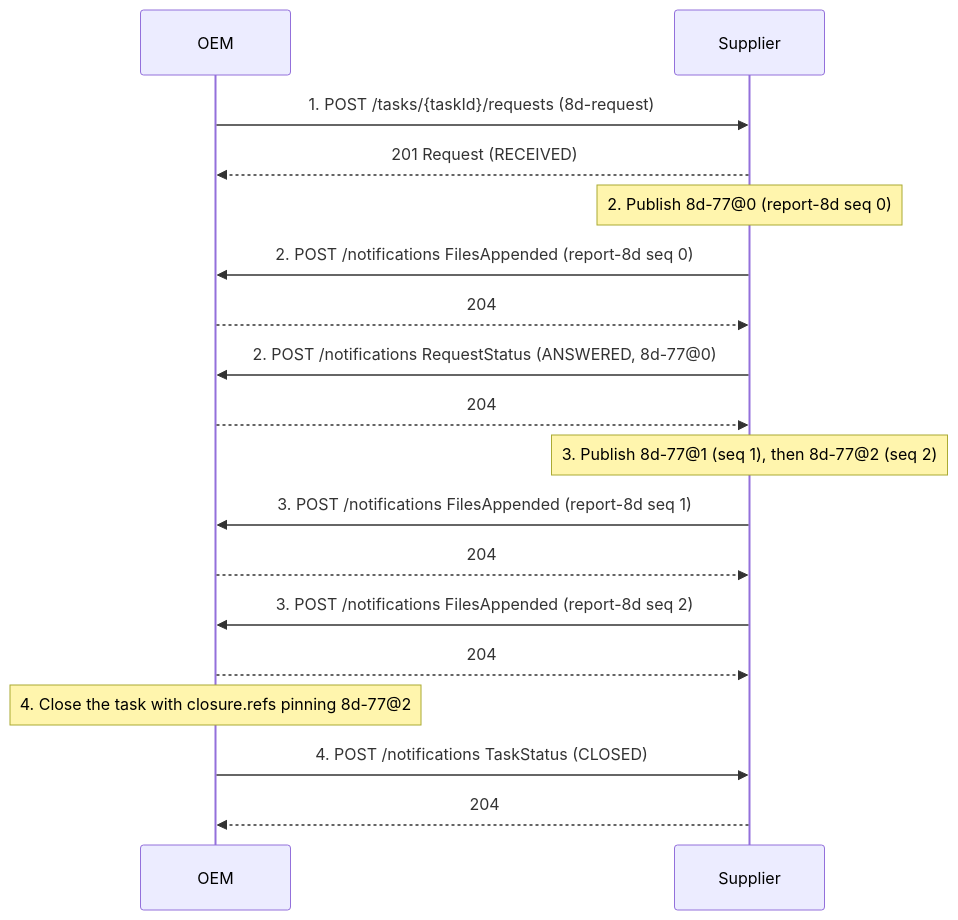
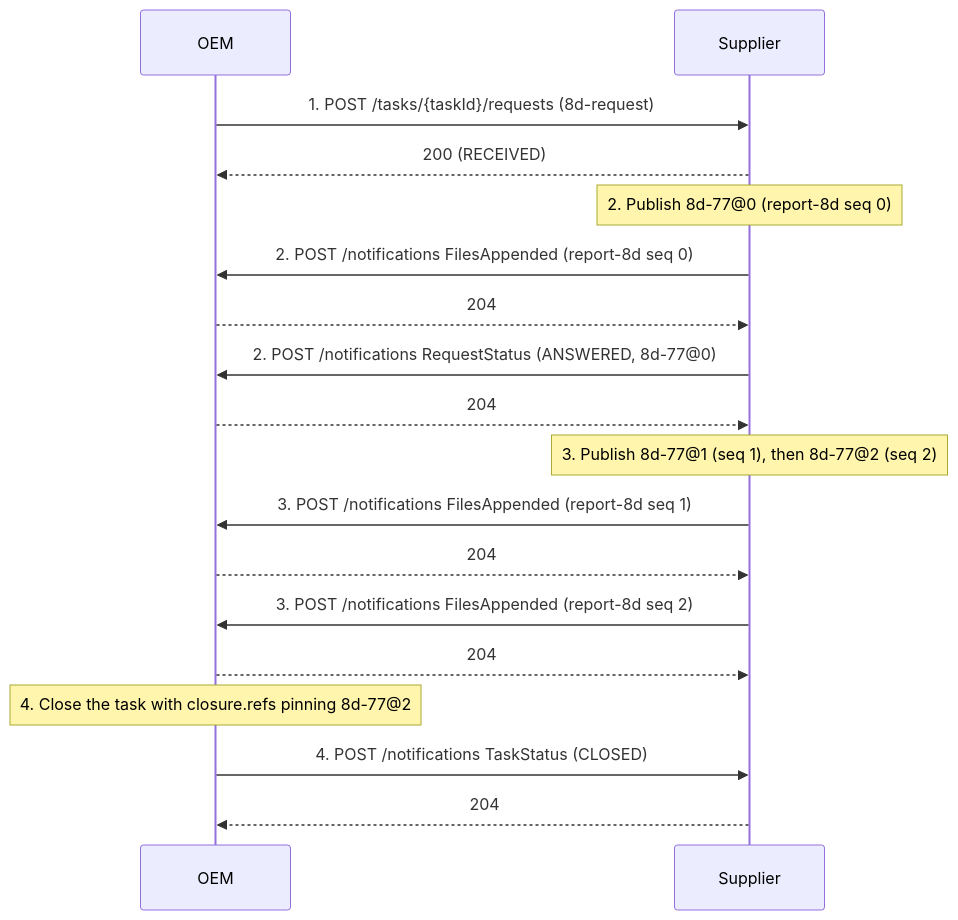
One commit to Metaform/dsaf-specs changed the third of 4 diagrams in specs/stc/task-collaboration-walkthroughs.md. Above: the diagram before and after it, drawn with Mermaid. The commit also changed other lines of this file and 5 other files, not shown here.

````diff
--- a/specs/stc/task-collaboration-walkthroughs.md
+++ b/specs/stc/task-collaboration-walkthroughs.md
@@ -423,20 +431,20 @@
 ```mermaid
 sequenceDiagram
     participant OEM
     participant Supplier
     OEM->>Supplier: 1. POST /tasks/{taskId}/requests (8d-request)
-    Supplier-->>OEM: 201 Request (RECEIVED)
+    Supplier-->>OEM: 200 (RECEIVED)
     Note over Supplier: 2. Publish 8d-77@0 (report-8d seq 0)
     Supplier->>OEM: 2. POST /notifications FilesAppended (report-8d seq 0)
     OEM-->>Supplier: 204
     Supplier->>OEM: 2. POST /notifications RequestStatus (ANSWERED, 8d-77@0)
     OEM-->>Supplier: 204
     Note over Supplier: 3. Publish 8d-77@1 (seq 1), then 8d-77@2 (seq 2)
     Supplier->>OEM: 3. POST /notifications FilesAppended (report-8d seq 1)
     OEM-->>Supplier: 204
     Supplier->>OEM: 3. POST /notifications FilesAppended (report-8d seq 2)
     OEM-->>Supplier: 204
     Note over OEM: 4. Close the task with closure.refs pinning 8d-77@2
     OEM->>Supplier: 4. POST /notifications TaskStatus (CLOSED)
     Supplier-->>OEM: 204
 ```
````
